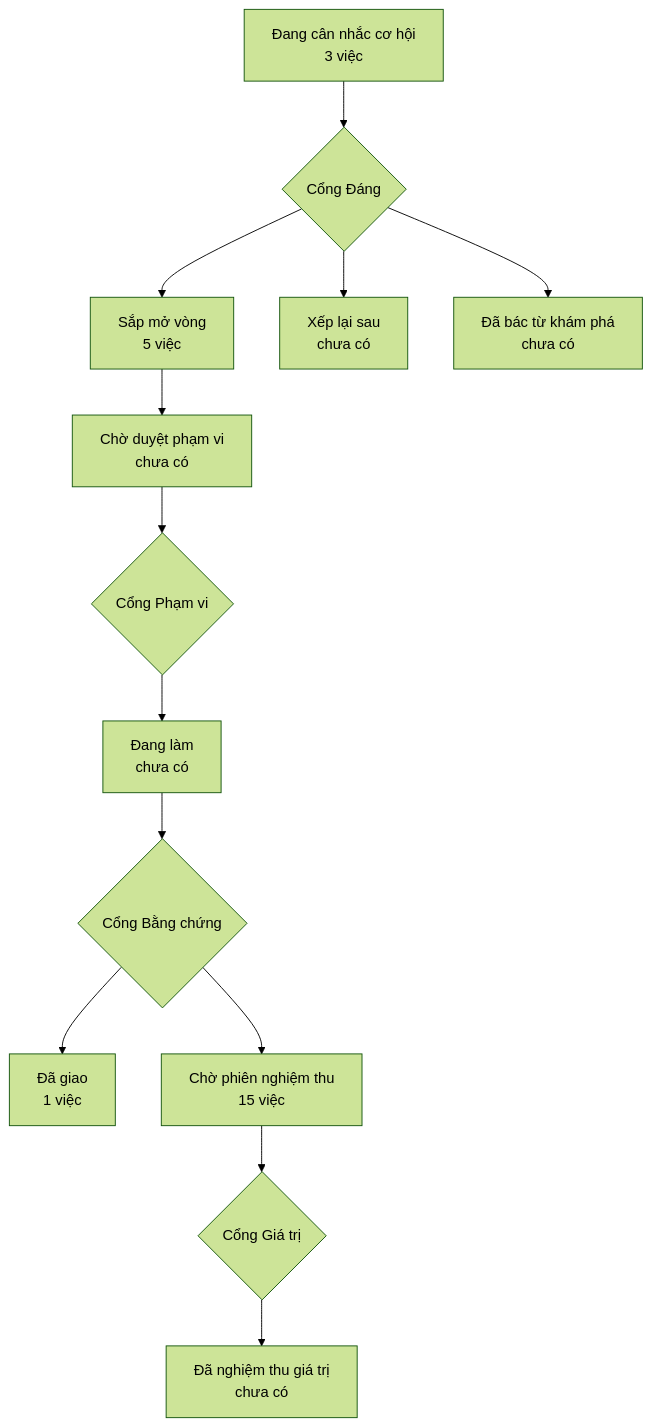
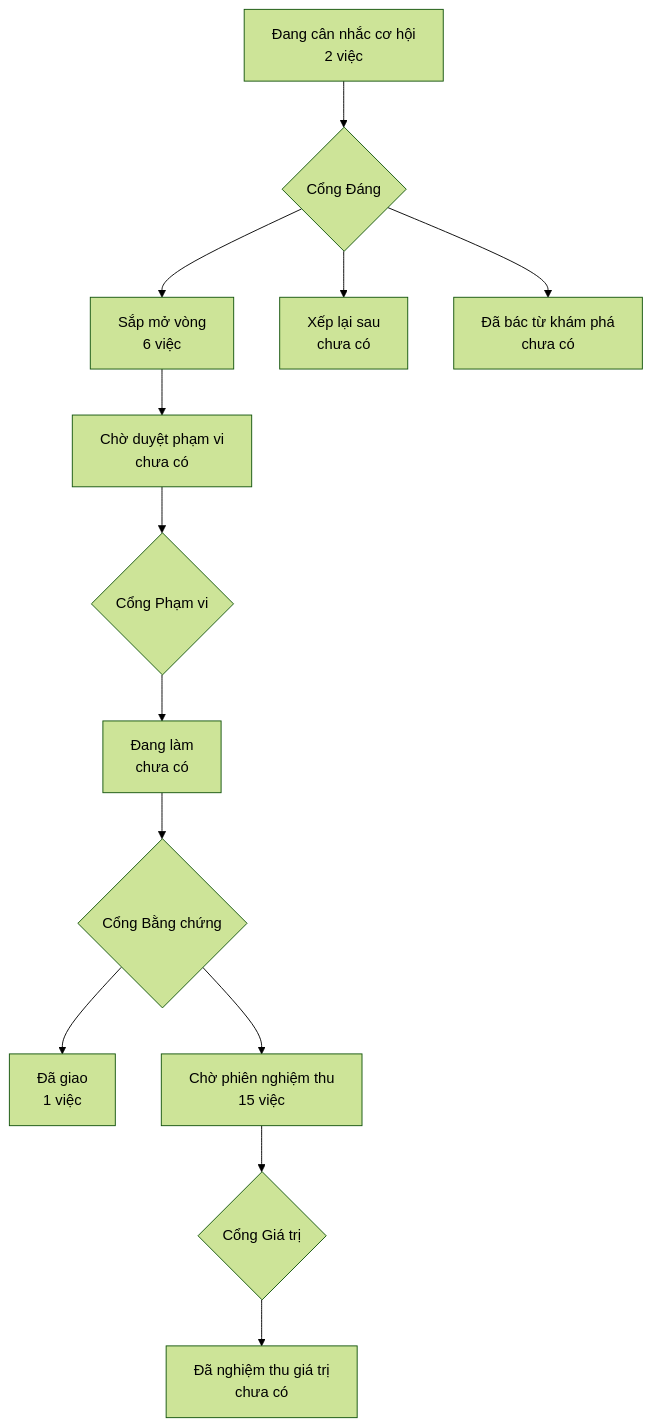
The diagram in PRODUCT-MAP.md (phanlemanh/onehub-inventory), drawn with Mermaid (forest theme) before and after one commit. The commit also changed 3 other files, not shown here.

````diff
--- a/PRODUCT-MAP.md
+++ b/PRODUCT-MAP.md
@@ -7,12 +7,12 @@
 ```mermaid
 flowchart TD
-  A["Đang cân nhắc cơ hội<br/>3 việc"] --> GD{"Cổng Đáng"}
-  GD --> B["Sắp mở vòng<br/>5 việc"]
+  A["Đang cân nhắc cơ hội<br/>2 việc"] --> GD{"Cổng Đáng"}
+  GD --> B["Sắp mở vòng<br/>6 việc"]
   GD --> XL["Xếp lại sau<br/>chưa có"]
   GD --> DB["Đã bác từ khám phá<br/>chưa có"]
   B --> CD["Chờ duyệt phạm vi<br/>chưa có"] --> GP{"Cổng Phạm vi"}
   GP --> DL["Đang làm<br/>chưa có"] --> GB{"Cổng Bằng chứng"}
   GB --> DG["Đã giao<br/>1 việc"]
   GB --> CN["Chờ phiên nghiệm thu<br/>15 việc"] --> GG{"Cổng Giá trị"}
   GG --> NT["Đã nghiệm thu giá trị<br/>chưa có"]
 ```
````
